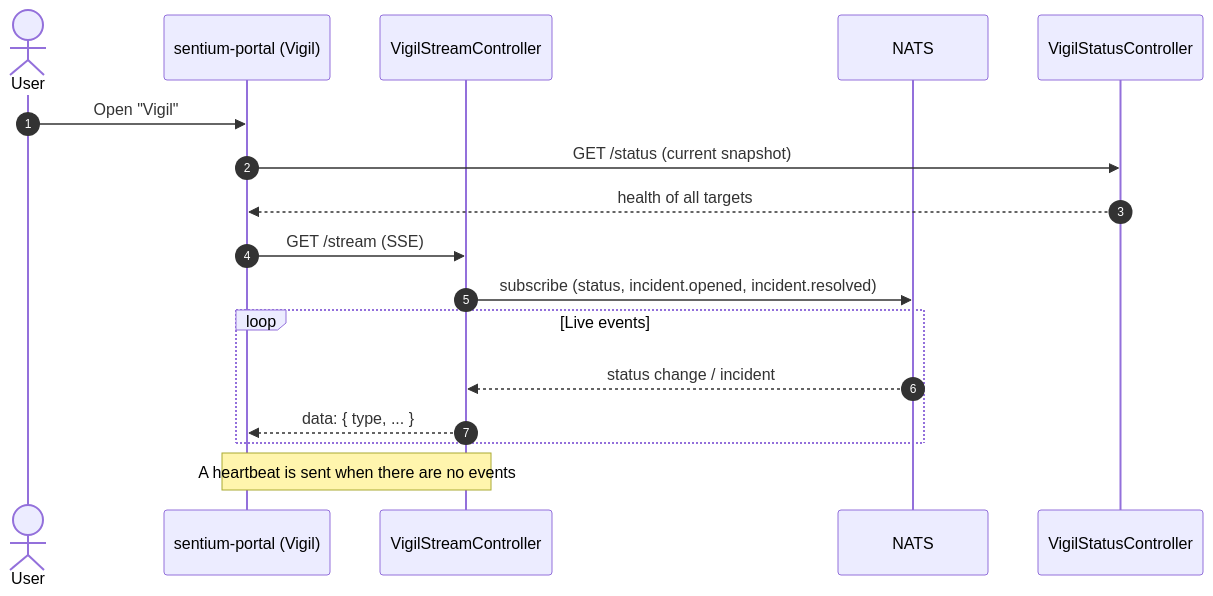
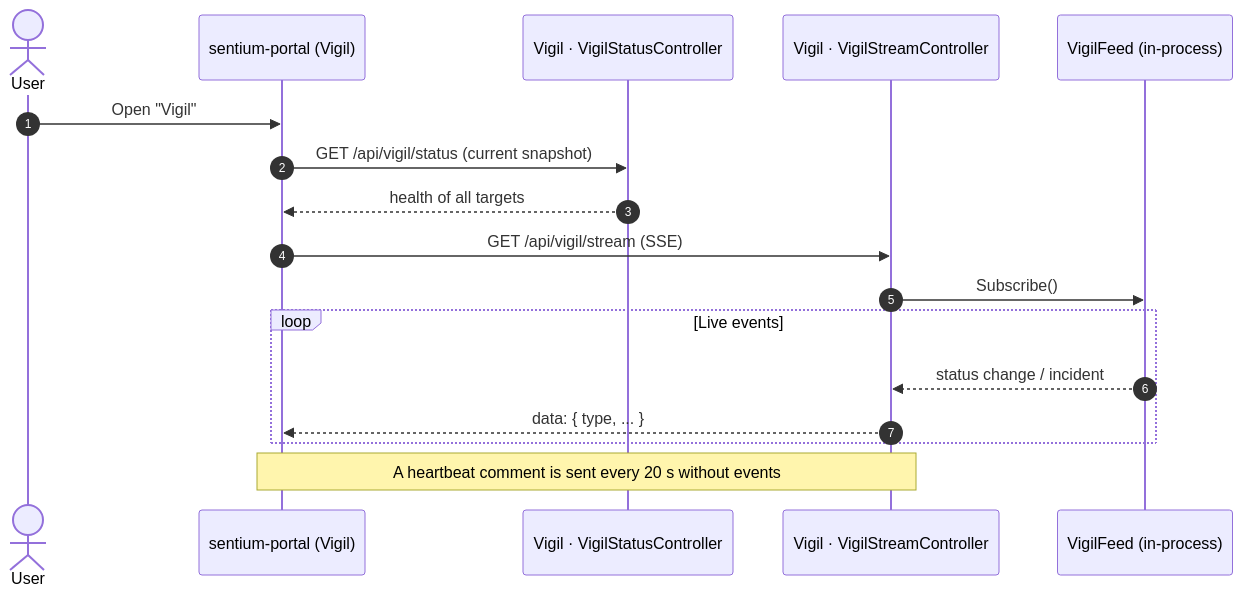
Before and after one commit to mihailshterev/sentium: the diagram in docs/diagrams/vigil-2-state-streaming.md, drawn with Mermaid. The commit also changed 99 other files, not shown here.

````diff
--- a/docs/diagrams/vigil-2-state-streaming.md
+++ b/docs/diagrams/vigil-2-state-streaming.md
@@ -1,20 +1,20 @@
 ```mermaid
 sequenceDiagram
     autonumber
     actor U as User
     participant FE as sentium-portal (Vigil)
-    participant WSC as VigilStreamController
-    participant NATS as NATS
-    participant WS as VigilStatusController
+    participant WS as Vigil · VigilStatusController
+    participant WSC as Vigil · VigilStreamController
+    participant FD as VigilFeed (in-process)
 
     U->>FE: Open "Vigil"
-    FE->>WS: GET /status (current snapshot)
+    FE->>WS: GET /api/vigil/status (current snapshot)
     WS-->>FE: health of all targets
-    FE->>WSC: GET /stream (SSE)
-    WSC->>NATS: subscribe (status, incident.opened, incident.resolved)
+    FE->>WSC: GET /api/vigil/stream (SSE)
+    WSC->>FD: Subscribe()
     loop Live events
-        NATS-->>WSC: status change / incident
+        FD-->>WSC: status change / incident
         WSC-->>FE: data: { type, ... }
     end
-    Note over WSC,FE: A heartbeat is sent when there are no events
+    Note over WSC,FE: A heartbeat comment is sent every 20 s without events
 ```
````
